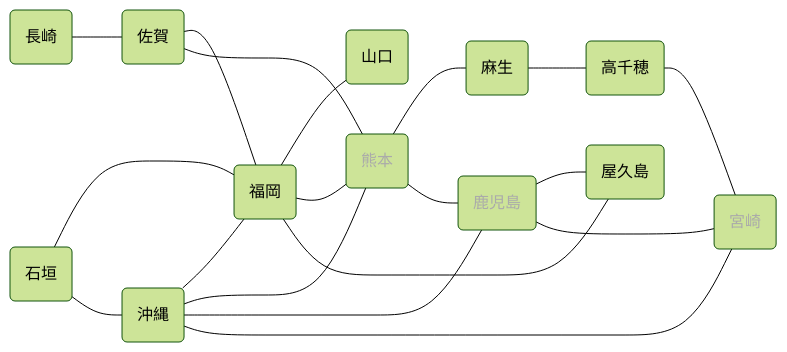
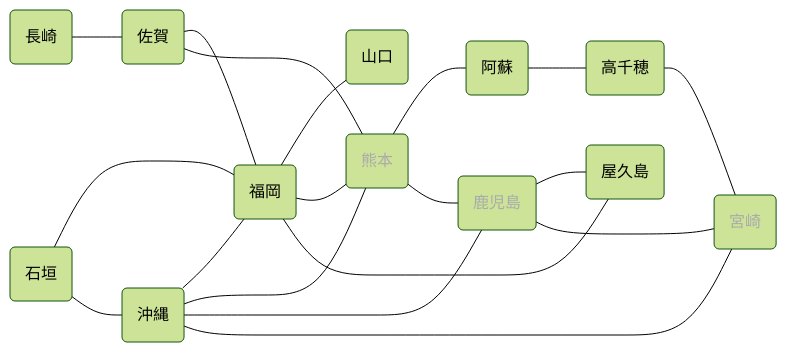
The third of 3 diagrams in README.md (kendid/text-tests), drawn with Mermaid (forest theme) before and after one commit.

````diff
--- a/README.md
+++ b/README.md
@@ -44,24 +44,24 @@
 ```mermaid
 flowchart LR
     FUK(福岡) --- YGT(山口)
     SAG(佐賀) --- FUK
     NGS(長崎) --- SAG
     FUK --- KMT(熊本)
     SAG --- KMT
-    KMT --- ASO(麻生)
+    KMT --- ASO(阿蘇)
     ASO --- TCH(高千穂)
     TCH --- MYZ(宮崎)
     KMT --- KGS(鹿児島)
     KGS --- YKS(屋久島)
     KGS --- MYZ
     FUK --- YKS
     OKN(沖縄) --- FUK
     OKN --- KMT
     OKN --- KGS
     OKN --- MYZ
     ISG(石垣) --- FUK
     ISG --- OKN
     style KMT color:#aaa
     style KGS color:#aaa
     style MYZ color:#aaa
 ```
````
